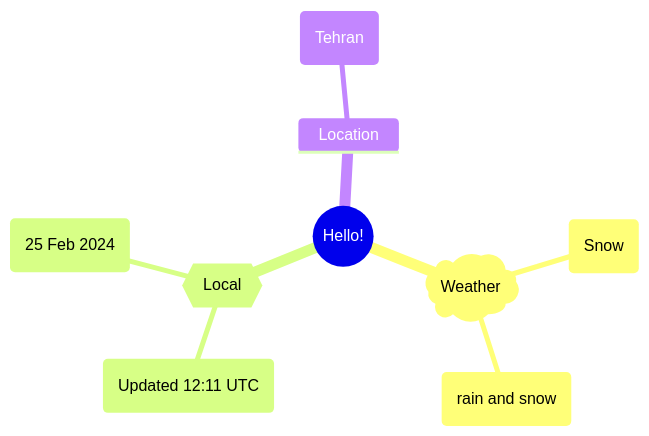
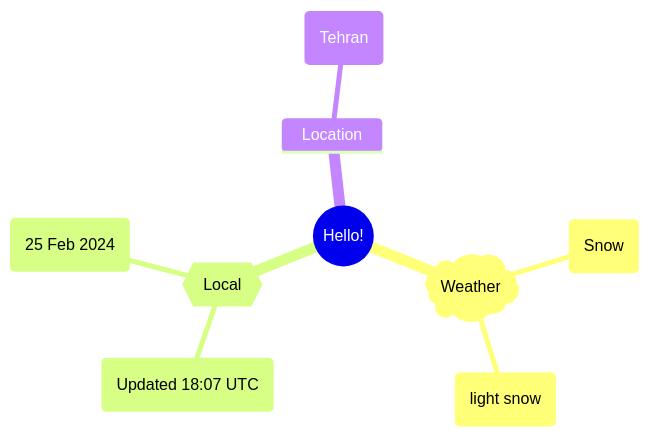
One commit to Xosrov/Xosrov changed the first of 2 diagrams in README.md. Above: the diagram before and after it, drawn with Mermaid.

Commit message:
[bot] updated images

````diff
--- a/README.md
+++ b/README.md
@@ -3,12 +3,12 @@
 ```mermaid
 mindmap
   root((Hello!))
     )Weather(
         (Snow)
-        (rain and snow)
+        (light snow)
     {{Local}}
-        (Updated 12:11 UTC)
+        (Updated 18:07 UTC)
         (25 Feb 2024)
     Location
         (Tehran)
 ```
````
